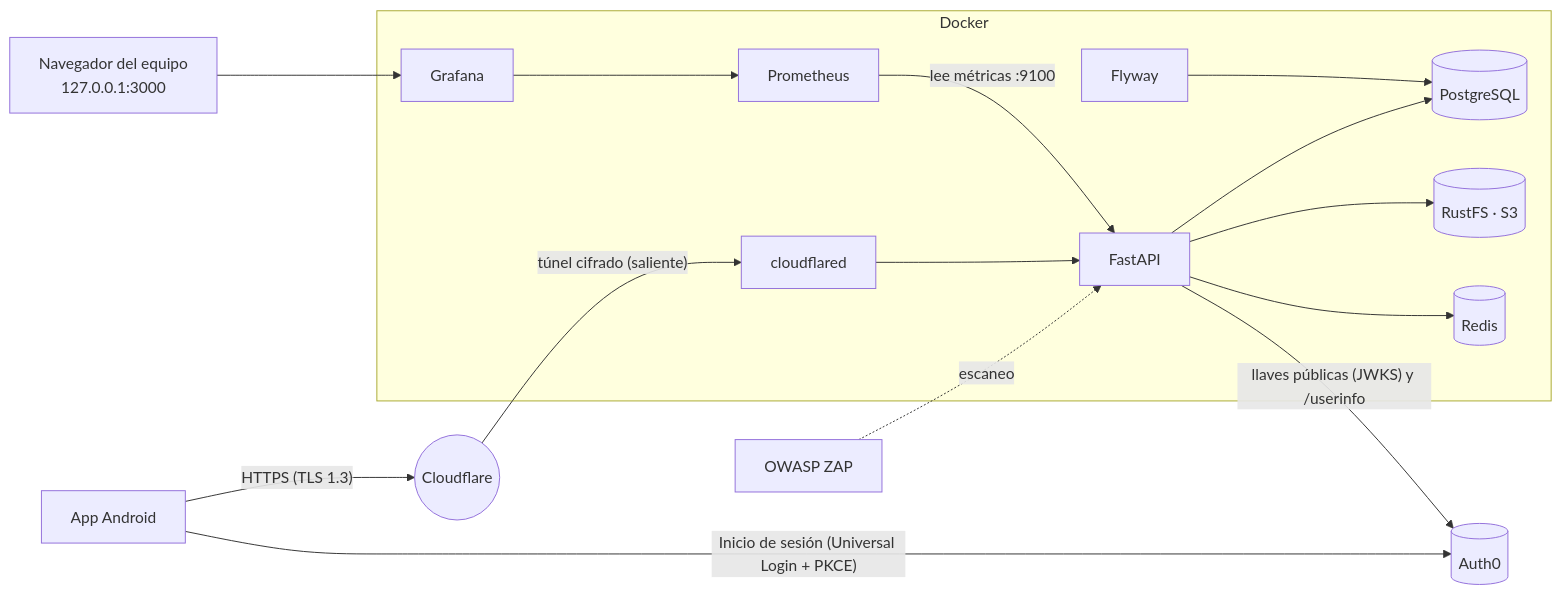
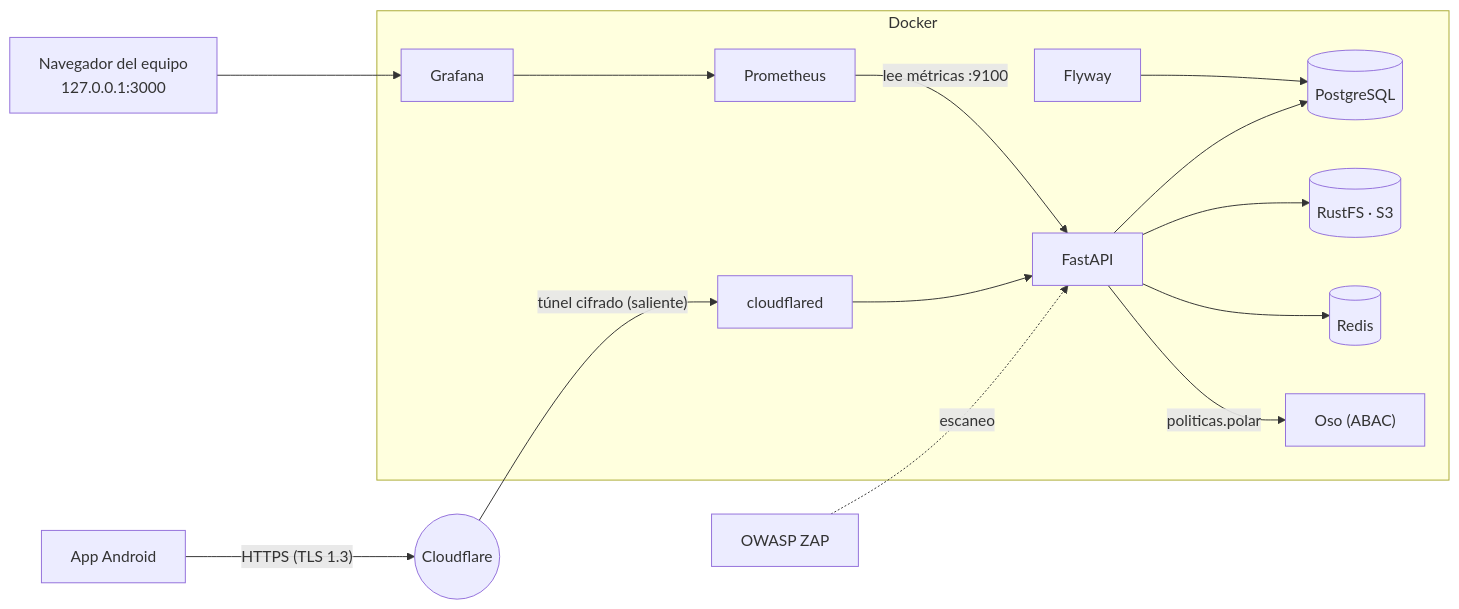
One commit to albertolopezb/familias-que-suman changed the first of 2 diagrams in docs/guia-backend.md. Above: the diagram before and after it, drawn with Mermaid. The commit also changed other lines of this file and 2 other files, not shown here.

Commit message:
Guía del backend con JWT, Argon2id y políticas en Polar

````diff
--- a/docs/guia-backend.md
+++ b/docs/guia-backend.md
@@ -78,18 +79,17 @@
 ```mermaid
 flowchart LR
     tel["App Android"] -- "HTTPS (TLS 1.3)" --> cf(("Cloudflare"))
-    tel -- "Inicio de sesión (Universal Login + PKCE)" --> a0[("Auth0")]
     cf -- "túnel cifrado (saliente)" --> tunel
     zap["OWASP ZAP"] -. "escaneo" .-> api
     subgraph Docker
         tunel["cloudflared"] --> api["FastAPI"]
         api --> db[("PostgreSQL")]
         api --> s3[("RustFS · S3")]
         api --> redis[("Redis")]
+        api -- "politicas.polar" --> oso["Oso (ABAC)"]
         prom["Prometheus"] -- "lee métricas :9100" --> api
         graf["Grafana"] --> prom
         migrar["Flyway"] --> db
     end
-    api -- "llaves públicas (JWKS) y /userinfo" --> a0
     monitor["Navegador del equipo\n127.0.0.1:3000"] --> graf
 ```
````
